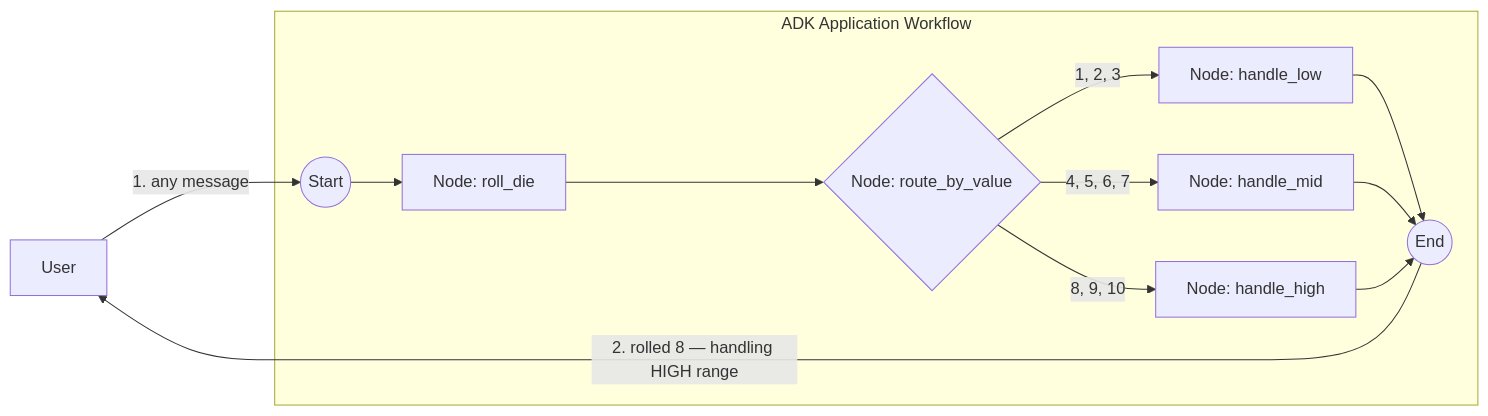
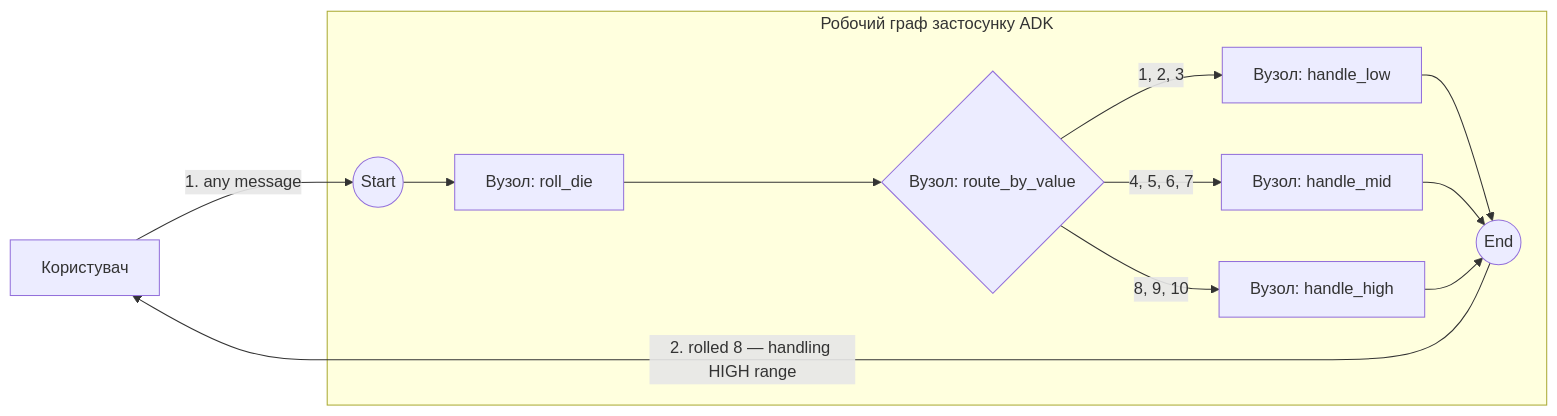
Before and after one commit to EugeneZaharchenko/ai-ae-labs: the diagram in demo/4_adk_examples/routing/int/README.md, drawn with Mermaid. The commit also changed other lines of this file and 23 other files, not shown here.

````diff
--- a/demo/4_adk_examples/routing/int/README.md
+++ b/demo/4_adk_examples/routing/int/README.md
@@ -14,16 +14,16 @@
 ```mermaid
 graph LR
-    User[User]
-    subgraph "ADK Application Workflow"
-        Start((Start)) --> N1[Node: roll_die]
-        N1 --> N2{Node: route_by_value}
-        N2 -- "1, 2, 3" --> L[Node: handle_low]
-        N2 -- "4, 5, 6, 7" --> M[Node: handle_mid]
-        N2 -- "8, 9, 10" --> H[Node: handle_high]
+    User[Користувач]
+    subgraph "Робочий граф застосунку ADK"
+        Start((Start)) --> N1[Вузол: roll_die]
+        N1 --> N2{Вузол: route_by_value}
+        N2 -- "1, 2, 3" --> L[Вузол: handle_low]
+        N2 -- "4, 5, 6, 7" --> M[Вузол: handle_mid]
+        N2 -- "8, 9, 10" --> H[Вузол: handle_high]
         L --> End((End))
         M --> End
         H --> End
     end
     User -- "1. any message" --> Start
     End -- "2. rolled 8 — handling HIGH range" --> User
 ```
````
